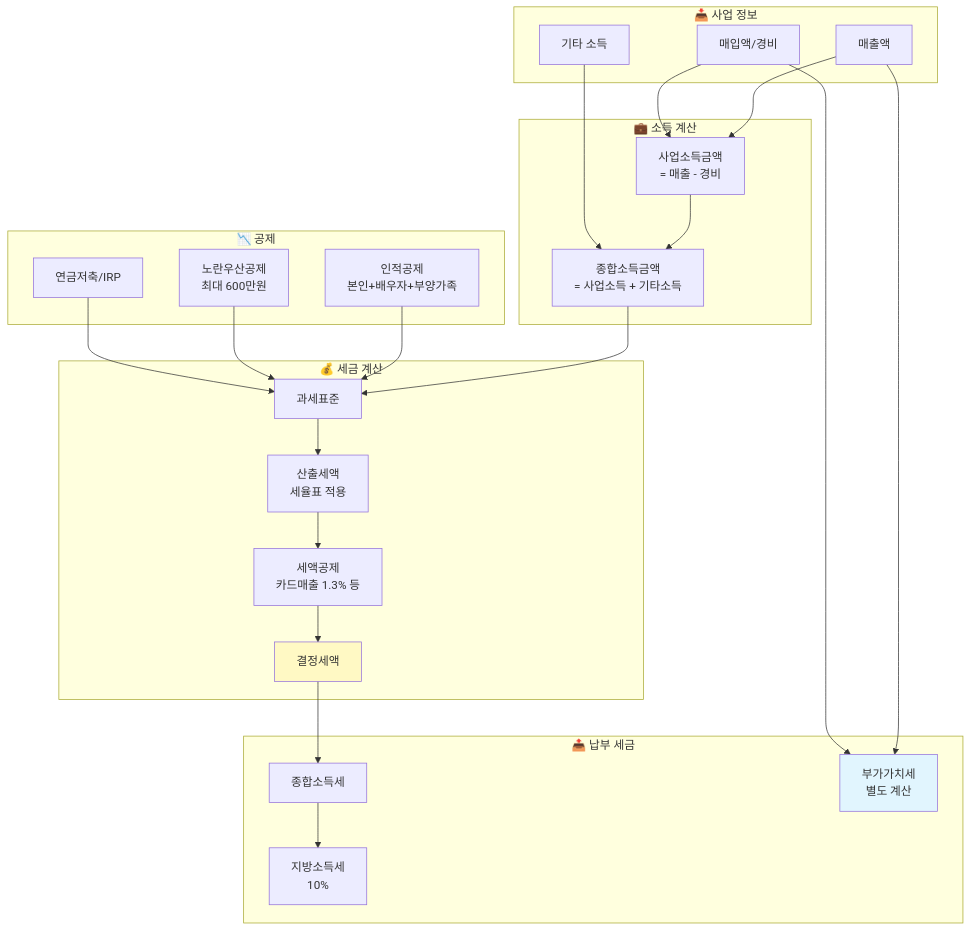
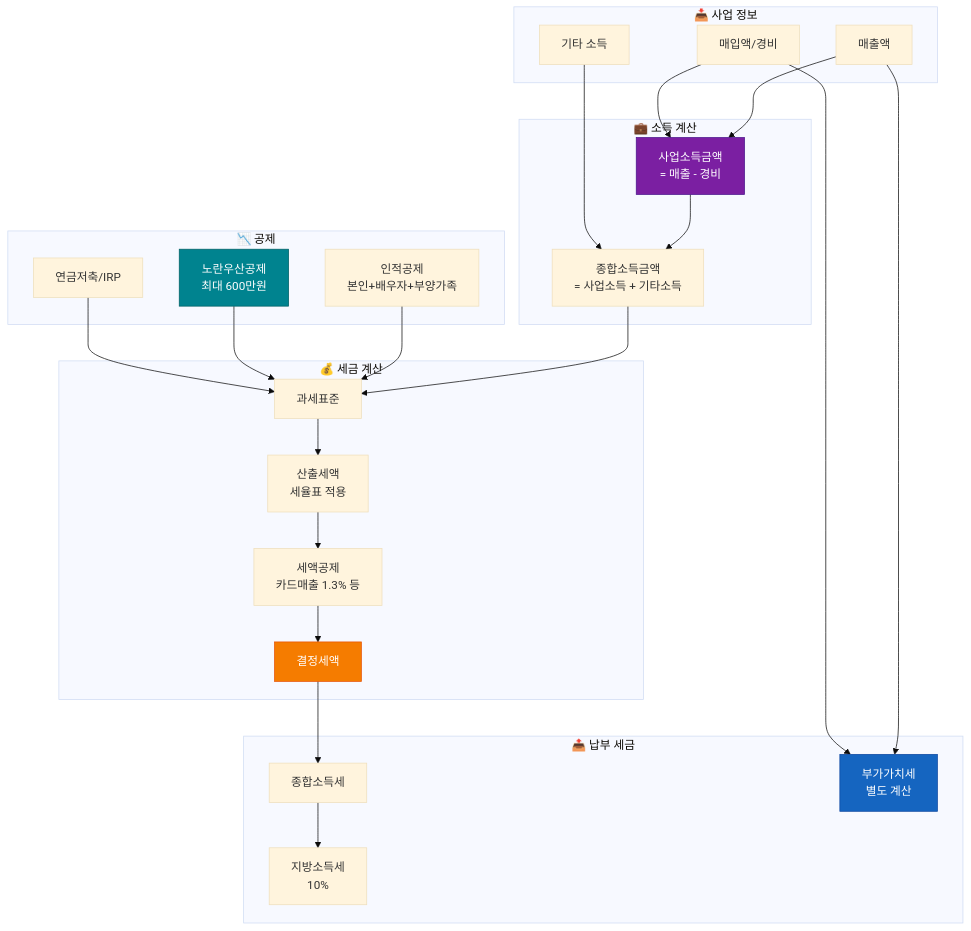
Before and after one commit to Z-3000/fina_r: the sixth of 18 diagrams in docs/세금로직_플로우차트.md, drawn with Mermaid. The commit also changed other lines of this file, not shown here.

````diff
--- a/docs/세금로직_플로우차트.md
+++ b/docs/세금로직_플로우차트.md
@@ -225,43 +242,46 @@
 ```mermaid
+%%{init: {'theme': 'base'}}%%
 flowchart TD
     subgraph 입력["📥 사업 정보"]
         A1[매출액]
         A2[매입액/경비]
         A3[기타 소득]
     end
 
     subgraph 소득계산["💼 소득 계산"]
         B1["사업소득금액<br/>= 매출 - 경비"]
         B2["종합소득금액<br/>= 사업소득 + 기타소득"]
     end
 
     subgraph 공제["📉 공제"]
         C1[인적공제<br/>본인+배우자+부양가족]
         C2[노란우산공제<br/>최대 600만원]
         C3[연금저축/IRP]
     end
 
     subgraph 세금["💰 세금 계산"]
         D1[과세표준]
         D2[산출세액<br/>세율표 적용]
         D3[세액공제<br/>카드매출 1.3% 등]
         D4[결정세액]
     end
 
     subgraph 출력["📤 납부 세금"]
         E1[종합소득세]
         E2[지방소득세<br/>10%]
         E3[부가가치세<br/>별도 계산]
     end
 
     A1 & A2 --> B1
     B1 & A3 --> B2
     B2 --> D1
     C1 & C2 & C3 --> D1
     D1 --> D2 --> D3 --> D4
     D4 --> E1 --> E2
     A1 & A2 --> E3
 
-    style D4 fill:#fff9c4
-    style E3 fill:#e1f5fe
+    style D4 fill:#f57c00,stroke:#e65100,color:#fff
+    style E3 fill:#1565c0,stroke:#0d47a1,color:#fff
+    style B1 fill:#7b1fa2,stroke:#4a148c,color:#fff
+    style C2 fill:#00838f,stroke:#006064,color:#fff
 ```
````
